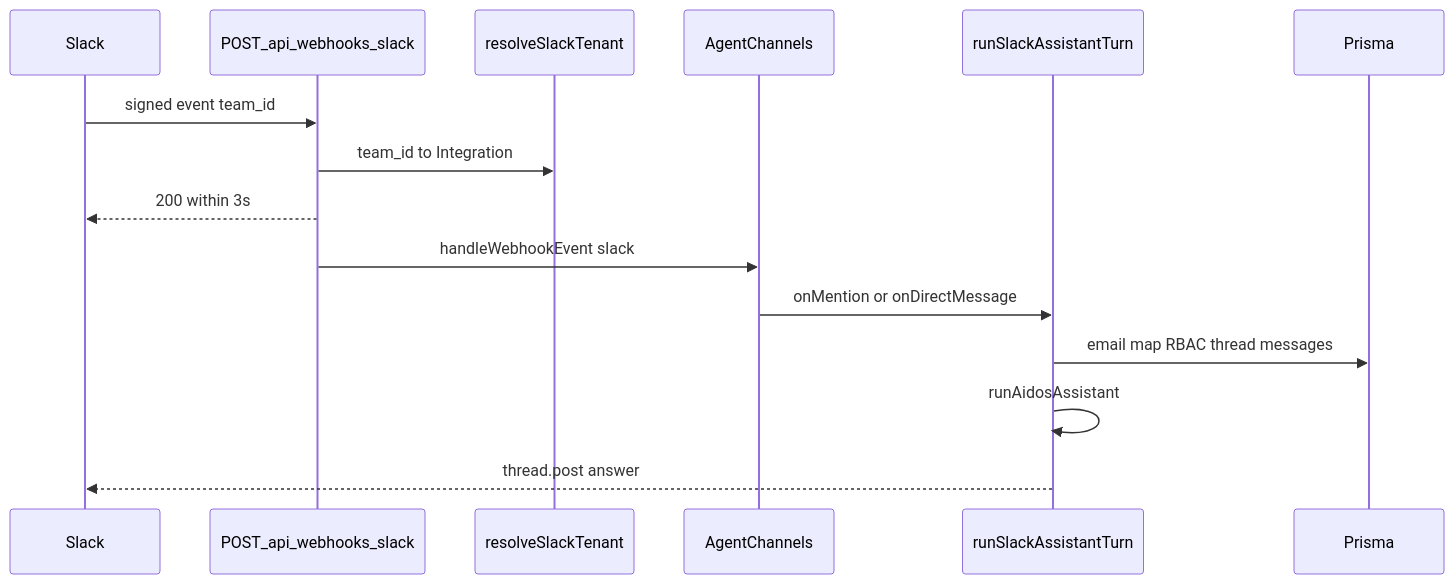
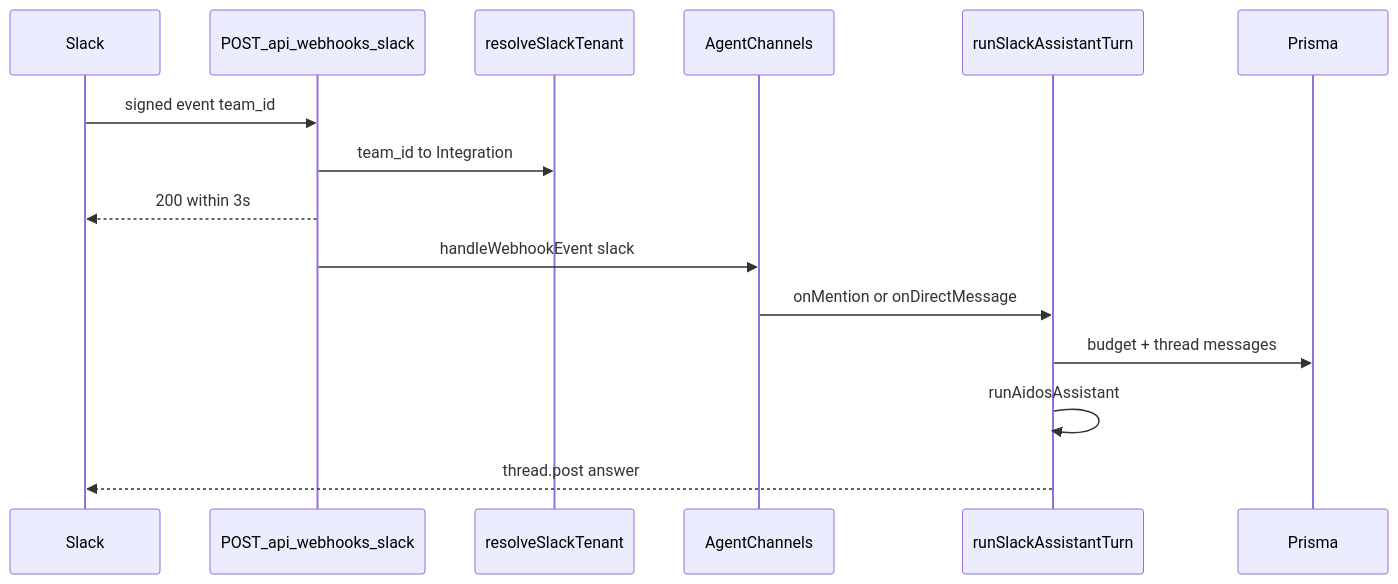
Before and after one commit to mohdmusthafaneo/drydock-ai: the diagram in docs/slack-integration.md, drawn with Mermaid. The commit also changed other lines of this file and 2 other files, not shown here.

````diff
--- a/docs/slack-integration.md
+++ b/docs/slack-integration.md
@@ -23,18 +25,18 @@
 ```mermaid
 sequenceDiagram
   participant Slack
   participant Hook as POST_api_webhooks_slack
   participant Tenant as resolveSlackTenant
   participant Ch as AgentChannels
   participant Run as runSlackAssistantTurn
   participant DB as Prisma
 
   Slack->>Hook: signed event team_id
   Hook->>Tenant: team_id to Integration
   Hook-->>Slack: 200 within 3s
   Hook->>Ch: handleWebhookEvent slack
   Ch->>Run: onMention or onDirectMessage
-  Run->>DB: email map RBAC thread messages
+  Run->>DB: budget + thread messages
   Run->>Run: runAidosAssistant
   Run-->>Slack: thread.post answer
 ```
````
